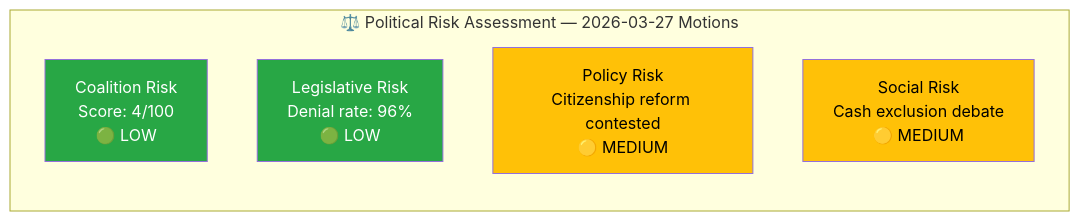
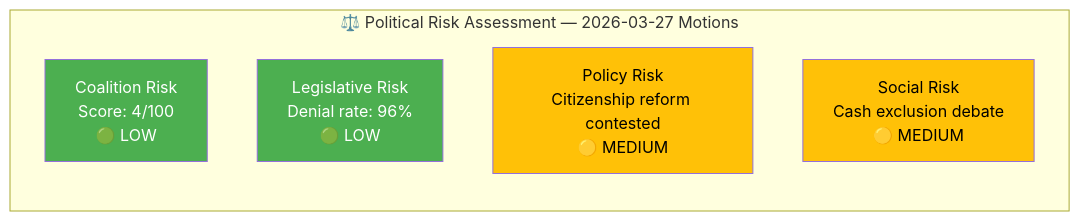
The diagram in analysis/daily/2026-03-27/motions/risk-assessment.md (Hack23/riksdagsmonitor), drawn with Mermaid before and after one commit. The commit also changed 785 other files, not shown here.

First line of the commit message:
Normalize mermaid colors across 786 analysis artifacts to ISMS Style Guide palette

````diff
--- a/analysis/daily/2026-03-27/motions/risk-assessment.md
+++ b/analysis/daily/2026-03-27/motions/risk-assessment.md
@@ -18,15 +18,15 @@
 ```mermaid
 graph TD
     subgraph "⚖️ Political Risk Assessment — 2026-03-27 Motions"
         direction TB
         CR["Coalition Risk<br/>Score: 4/100<br/>🟢 LOW"]
         LR["Legislative Risk<br/>Denial rate: 96%<br/>🟢 LOW"]
         PR["Policy Risk<br/>Citizenship reform contested<br/>🟡 MEDIUM"]
         SR["Social Risk<br/>Cash exclusion debate<br/>🟡 MEDIUM"]
     end
 
-    style CR fill:#28a745,color:#fff
-    style LR fill:#28a745,color:#fff
-    style PR fill:#ffc107,color:#000
-    style SR fill:#ffc107,color:#000
+    style CR fill:#4CAF50,color:#FFFFFF
+    style LR fill:#4CAF50,color:#FFFFFF
+    style PR fill:#FFC107,color:#000000
+    style SR fill:#FFC107,color:#000000
 ```
````
